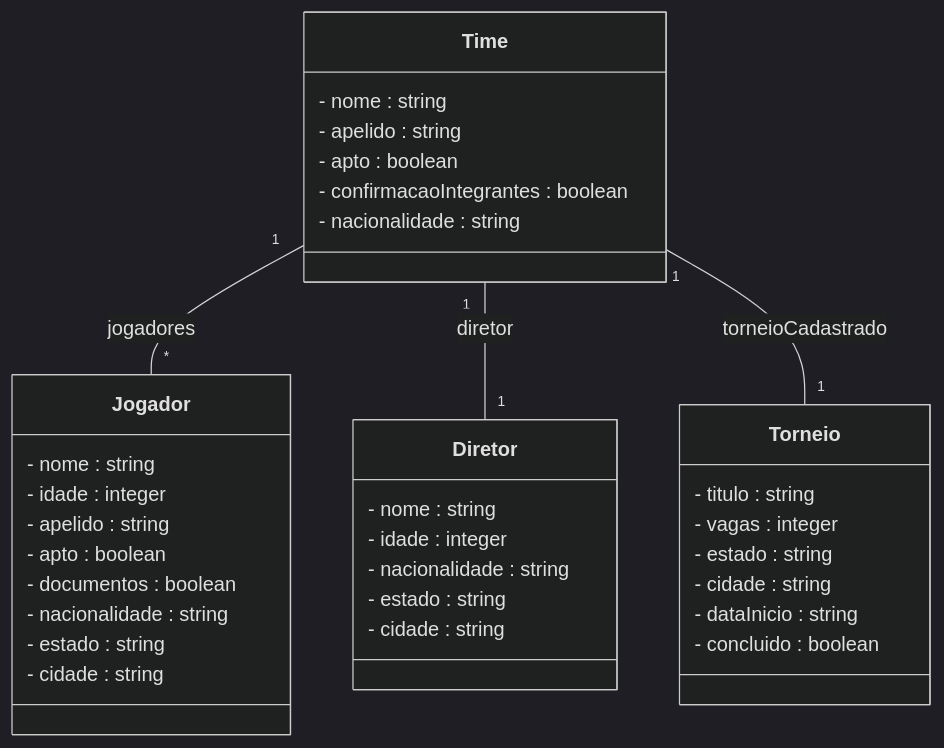
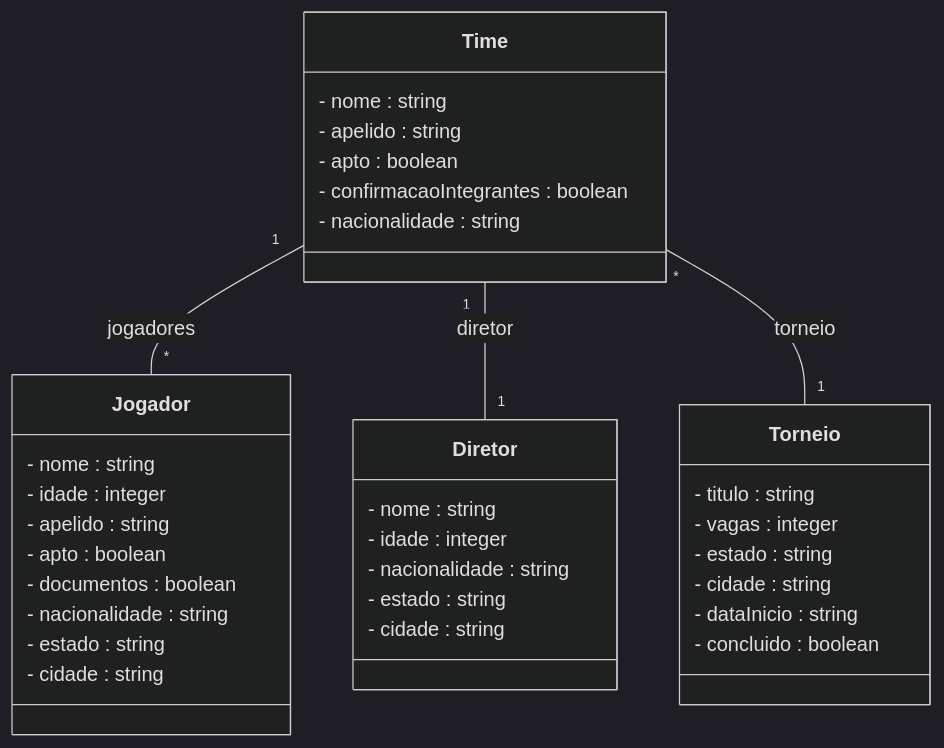
The diagram in README.md (GigliarlyM/Torneio_Brawhalla_api), drawn with Mermaid (dark theme) before and after one commit. The commit also changed 22 other files, not shown here.

````diff
--- a/README.md
+++ b/README.md
@@ -5,38 +5,38 @@
 ```mermaid
 classDiagram
     class Time {
         - nome : string
         - apelido : string
         - apto : boolean
         - confirmacaoIntegrantes : boolean
         - nacionalidade : string
     }
     class Jogador {
         - nome : string
         - idade : integer
         - apelido : string
         - apto : boolean
         - documentos : boolean
         - nacionalidade : string
         - estado : string
         - cidade : string
     }
     class Diretor {
         - nome : string
         - idade : integer
         - nacionalidade : string
         - estado : string
         - cidade : string
     }
     class Torneio {
         - titulo : string
         - vagas : integer
         - estado : string
         - cidade : string
         - dataInicio : string
         - concluido : boolean
     }
     Time "1" -- "*" Jogador : jogadores
     Time "1" -- "1" Diretor : diretor
-    Time "1" -- "1" Torneio : torneioCadastrado
+    Time "*" -- "1" Torneio : torneio
 ```
````
